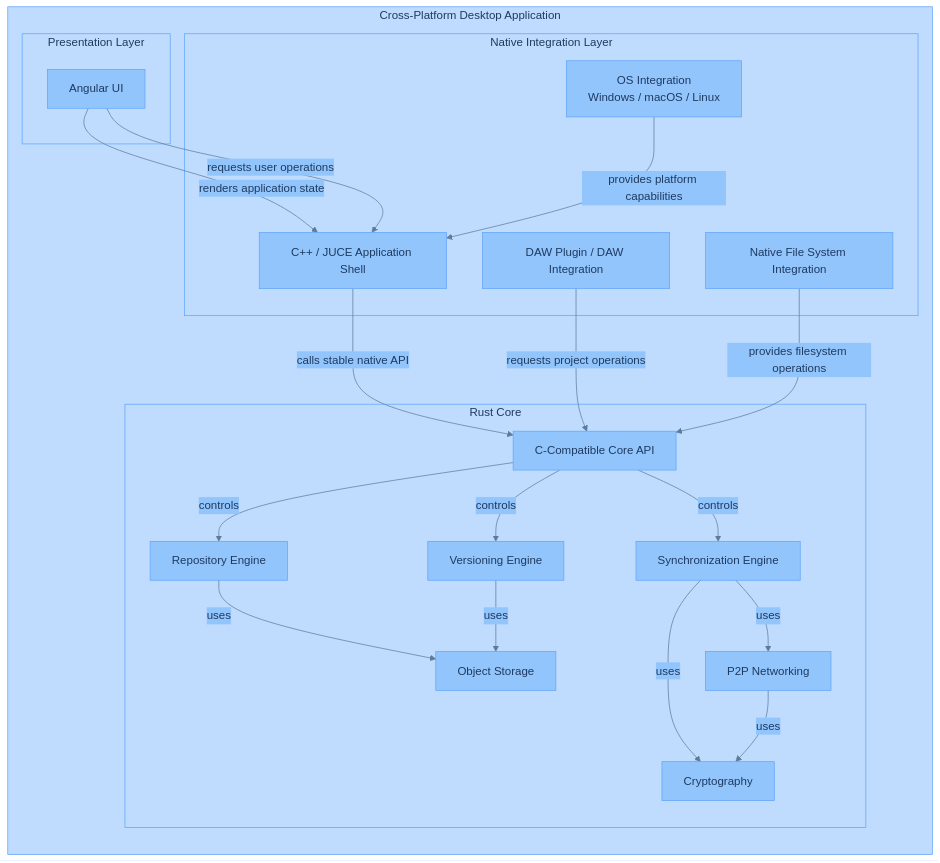
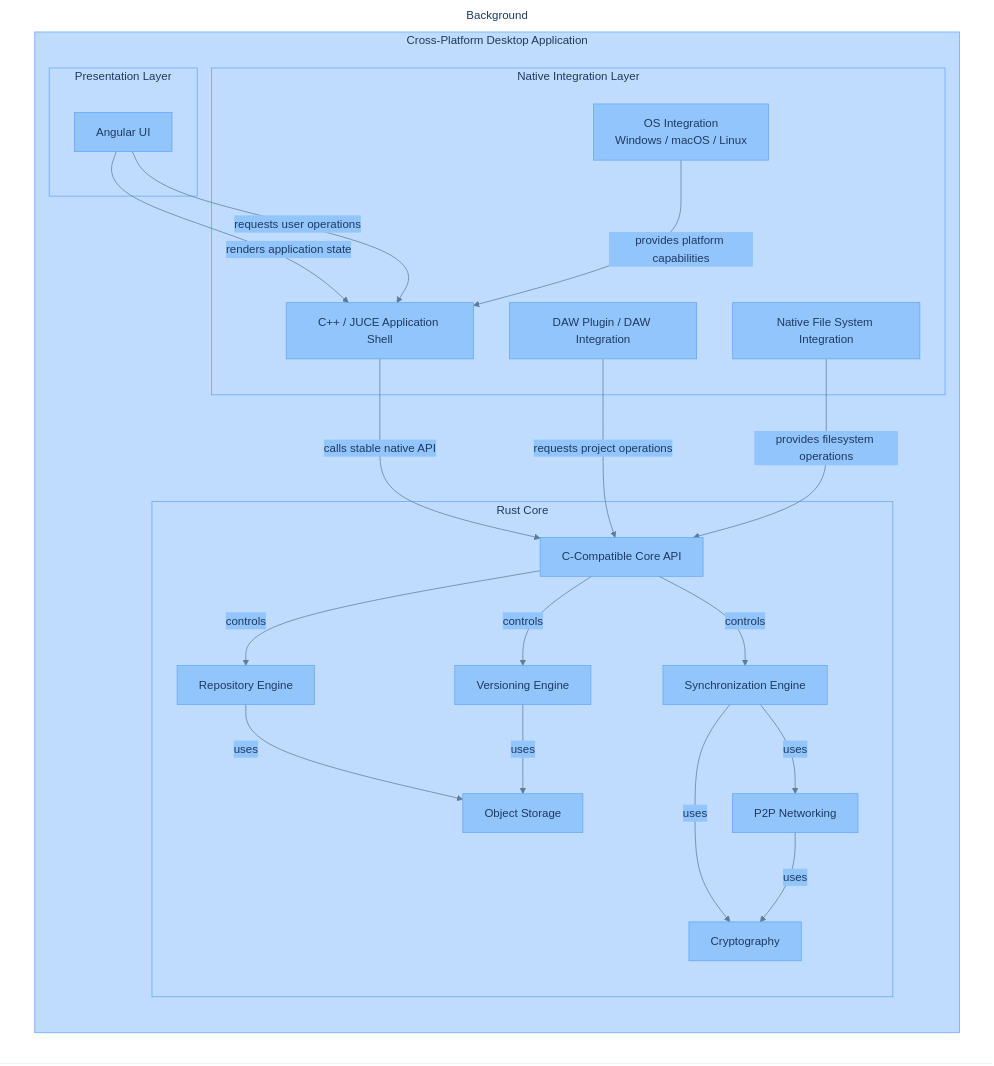
The diagram in gitformusic/docs/diagrams/07-desktop.mmd (RandreasKristensen/gitformusic), drawn with Mermaid before and after one commit. The commit also changed 8 other files, not shown here.

Commit message:
more diagram styling

```diff
--- a/gitformusic/docs/diagrams/07-desktop.mmd
+++ b/gitformusic/docs/diagrams/07-desktop.mmd
@@ -1,47 +1,52 @@
 %%{init: {"theme":"base","themeVariables":{"background":"#ffffff","primaryColor":"#93c5fd","primaryTextColor":"#1e3a5f","primaryBorderColor":"#60a5fa","lineColor":"#5b7c99","secondaryColor":"#93c5fd","tertiaryColor":"#ffffff","clusterBkg":"#bfdbfe","clusterBorder":"#60a5fa","titleColor":"#1e3a5f","fontFamily":" sans-serif"}}}%%
 %% Desktop Application — Rust / C++ / Angular Boundaries
 flowchart TB
+
+    subgraph BACKGROUND["Background"]
 
     subgraph DESKTOP["Cross-Platform Desktop Application"]
         direction TB
 
         subgraph PRESENTATION["Presentation Layer"]
             ANGULAR["Angular UI"]
         end
 
         subgraph NATIVE["Native Integration Layer"]
             JUCE["C++ / JUCE Application Shell"]
             DAW_PLUGIN["DAW Plugin / DAW Integration"]
             FILE_UI["Native File System Integration"]
             OS["OS Integration\nWindows / macOS / Linux"]
         end
 
         subgraph CORE["Rust Core"]
             API["C-Compatible Core API"]
             REPO["Repository Engine"]
             VERSION["Versioning Engine"]
             SYNC["Synchronization Engine"]
             NETWORK["P2P Networking"]
             CRYPTO["Cryptography"]
             STORAGE["Object Storage"]
         end
     end
 
     ANGULAR -->|"renders application state"| JUCE
     ANGULAR -->|"requests user operations"| JUCE
 
     JUCE -->|"calls stable native API"| API
 
     DAW_PLUGIN -->|"requests project operations"| API
     FILE_UI -->|"provides filesystem operations"| API
     OS -->|"provides platform capabilities"| JUCE
 
     API -->|"controls"| REPO
     API -->|"controls"| VERSION
     API -->|"controls"| SYNC
 
     REPO -->|"uses"| STORAGE
     VERSION -->|"uses"| STORAGE
     SYNC -->|"uses"| NETWORK
     SYNC -->|"uses"| CRYPTO
     NETWORK -->|"uses"| CRYPTO
+
+    end
+    style BACKGROUND fill:#ffffff,stroke:#ffffff,stroke-width:1px
```
